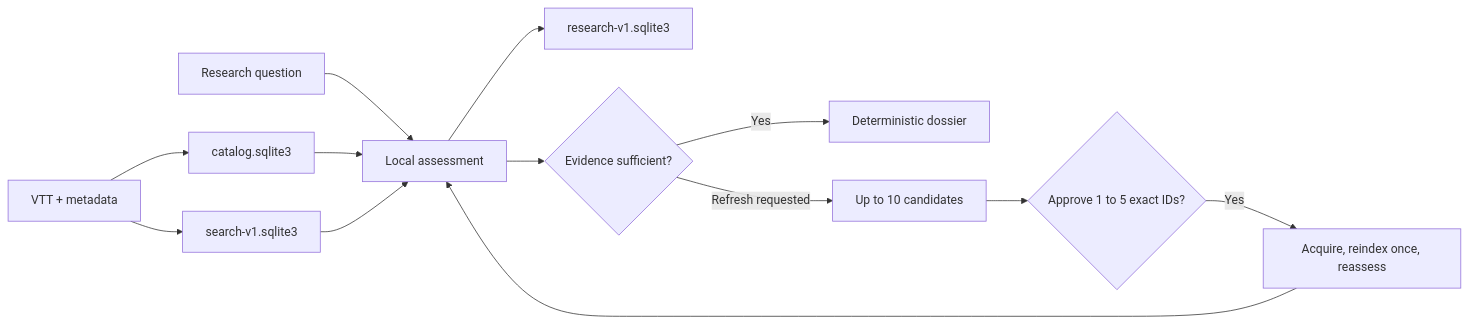
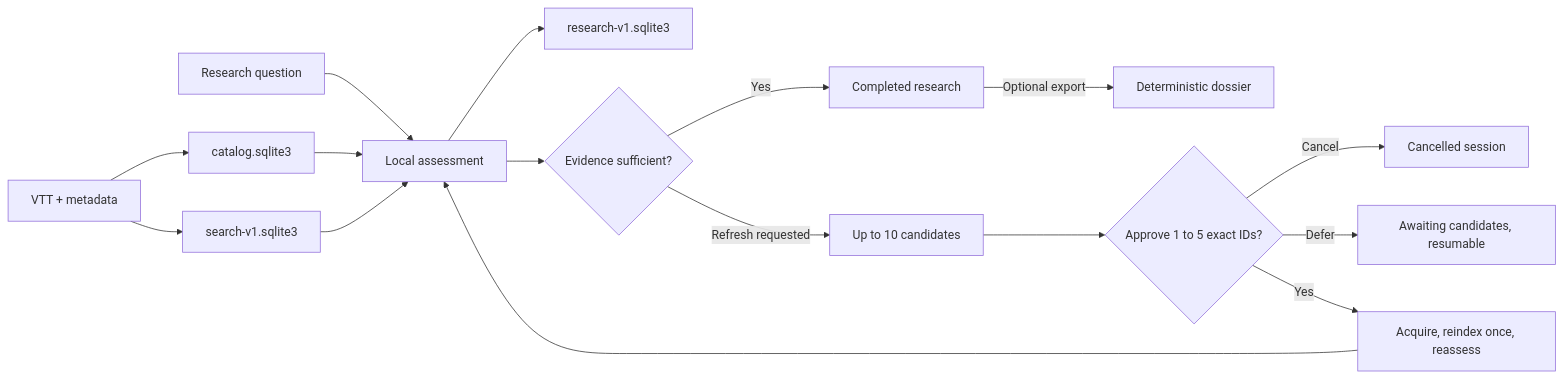
One commit to FlorianBruniaux/youtube-video-insights changed the diagram in README.md. Above: the diagram before and after it, drawn with Mermaid. The commit also changed other lines of this file and 9 other files, not shown here.

````diff
--- a/README.md
+++ b/README.md
@@ -92,15 +92,18 @@
 ```mermaid
 flowchart LR
     U[Research question] --> A[Local assessment]
     VTT[VTT + metadata] --> CAT[catalog.sqlite3]
     VTT --> FTS[search-v1.sqlite3]
     CAT --> A
     FTS --> A
     A --> R[research-v1.sqlite3]
     A --> Q{Evidence sufficient?}
-    Q -->|Yes| D[Deterministic dossier]
+    Q -->|Yes| DONE[Completed research]
+    DONE -->|Optional export| D[Deterministic dossier]
     Q -->|Refresh requested| C[Up to 10 candidates]
     C --> P{Approve 1 to 5 exact IDs?}
+    P -->|Cancel| CANCEL[Cancelled session]
+    P -->|Defer| HOLD[Awaiting candidates, resumable]
     P -->|Yes| X[Acquire, reindex once, reassess]
     X --> A
 ```
````
